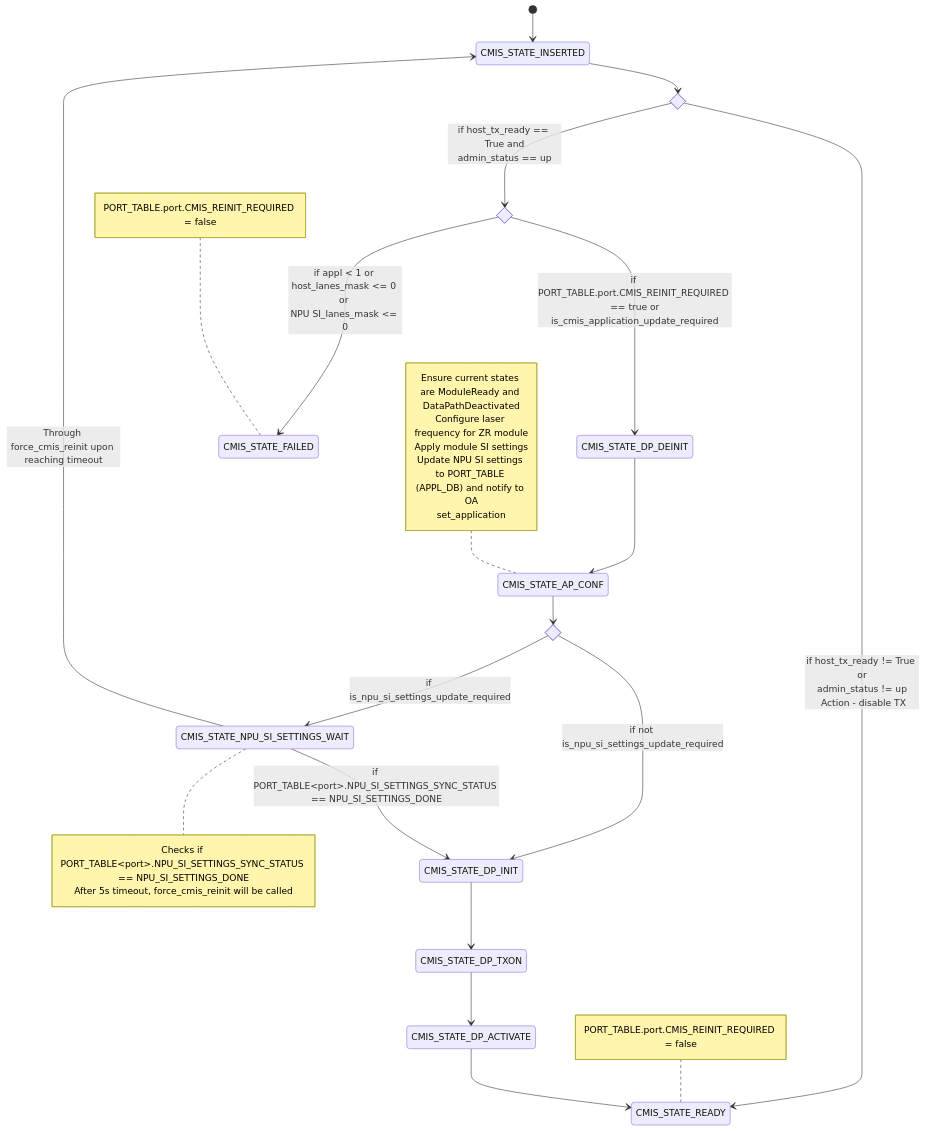
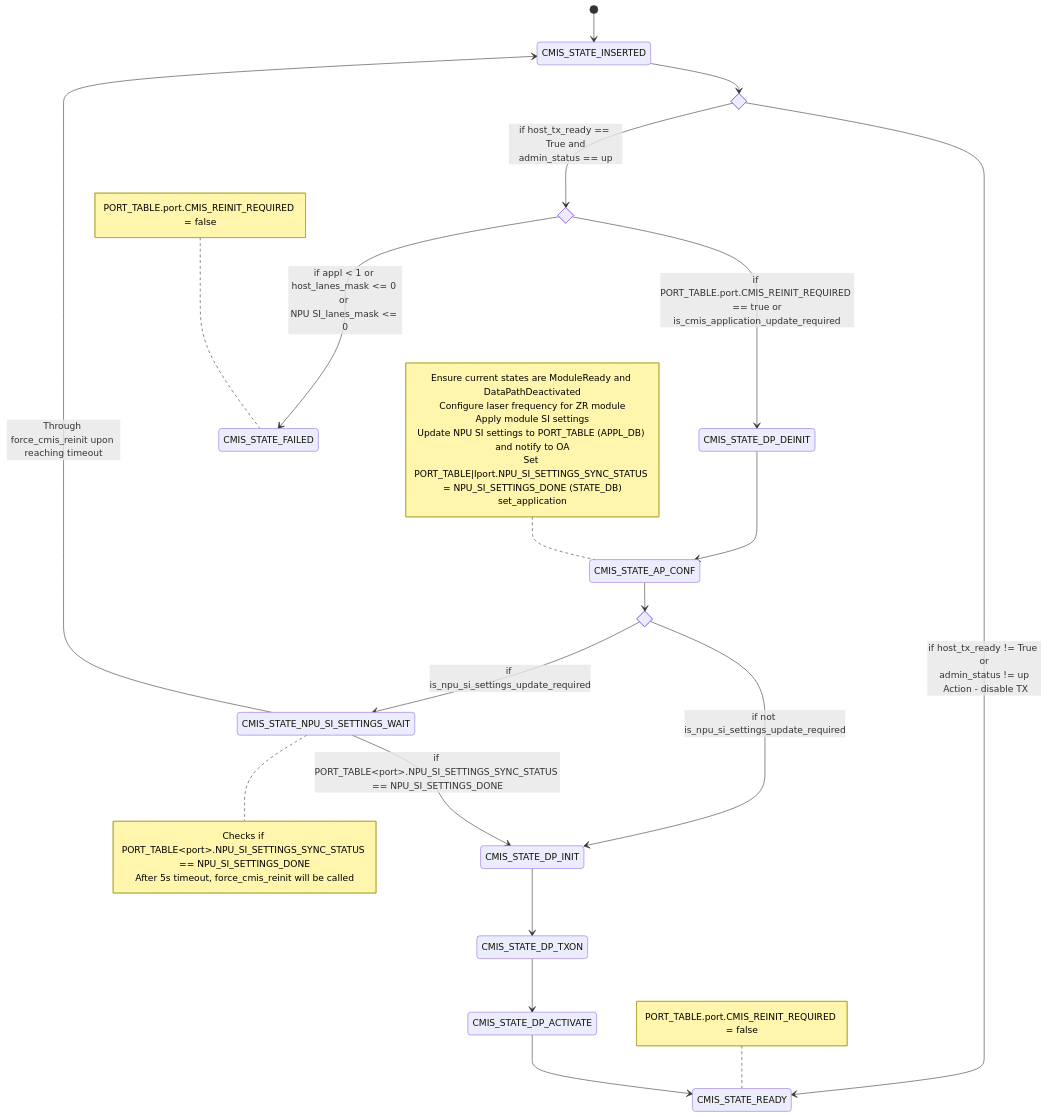
One commit to sonic-net/SONiC changed the third of 5 diagrams in doc/sfp-cmis/Interface-Link-bring-up-sequence.md. Above: the diagram before and after it, drawn with Mermaid. The commit also changed other lines of this file, not shown here.

Commit message:
Replaced usage of PORT_TABLE for storing the keys from APPL_DB to STATE_DB

````diff
--- a/doc/sfp-cmis/Interface-Link-bring-up-sequence.md
+++ b/doc/sfp-cmis/Interface-Link-bring-up-sequence.md
@@ -334,30 +331,30 @@
 ```mermaid
 stateDiagram
     [*] --> CMIS_STATE_INSERTED
     state if_state <<choice>>
     state if_state2 <<choice>>
     state if_state3 <<choice>>
     CMIS_STATE_INSERTED --> if_state
     if_state --> CMIS_STATE_READY : if host_tx_ready != True or<br>admin_status != up<br> Action - disable TX
     if_state --> if_state2 : if host_tx_ready == True and<br>admin_status == up
     if_state2 --> CMIS_STATE_DP_DEINIT : if PORT_TABLE.port.CMIS_REINIT_REQUIRED == true or<br>is_cmis_application_update_required
     note left of CMIS_STATE_READY : PORT_TABLE.port.CMIS_REINIT_REQUIRED = false
     if_state2 --> CMIS_STATE_FAILED : if appl < 1 or <br>host_lanes_mask <= 0 or <br>NPU SI_lanes_mask <= 0
     note left of CMIS_STATE_FAILED : PORT_TABLE.port.CMIS_REINIT_REQUIRED = false
 
     CMIS_STATE_DP_DEINIT --> CMIS_STATE_AP_CONF
 
-    note left of CMIS_STATE_AP_CONF : Ensure current states are ModuleReady and DataPathDeactivated<br>Configure laser frequency for ZR module<br>Apply module SI settings<br>Update NPU SI settings to PORT_TABLE (APPL_DB) and notify to OA<br>set_application
+    note left of CMIS_STATE_AP_CONF : Ensure current states are ModuleReady and DataPathDeactivated<br>Configure laser frequency for ZR module<br>Apply module SI settings<br>Update NPU SI settings to PORT_TABLE (APPL_DB) and notify to OA<br>Set PORT_TABLE|lport.NPU_SI_SETTINGS_SYNC_STATUS = NPU_SI_SETTINGS_DONE (STATE_DB)<br>set_application
     CMIS_STATE_AP_CONF --> if_state3
     if_state3 --> CMIS_STATE_NPU_SI_SETTINGS_WAIT : if is_npu_si_settings_update_required
     if_state3 --> CMIS_STATE_DP_INIT : if not is_npu_si_settings_update_required
     CMIS_STATE_NPU_SI_SETTINGS_WAIT --> CMIS_STATE_DP_INIT : if PORT_TABLE&ltport&gt.NPU_SI_SETTINGS_SYNC_STATUS == NPU_SI_SETTINGS_DONE
     CMIS_STATE_NPU_SI_SETTINGS_WAIT --> CMIS_STATE_INSERTED : Through force_cmis_reinit upon reaching timeout
     note right of CMIS_STATE_NPU_SI_SETTINGS_WAIT
         Checks if PORT_TABLE&ltport&gt.NPU_SI_SETTINGS_SYNC_STATUS == NPU_SI_SETTINGS_DONE
         After 5s timeout, force_cmis_reinit will be called
     end note
     CMIS_STATE_DP_INIT --> CMIS_STATE_DP_TXON
     CMIS_STATE_DP_TXON --> CMIS_STATE_DP_ACTIVATE
     CMIS_STATE_DP_ACTIVATE --> CMIS_STATE_READY
 ```
````
